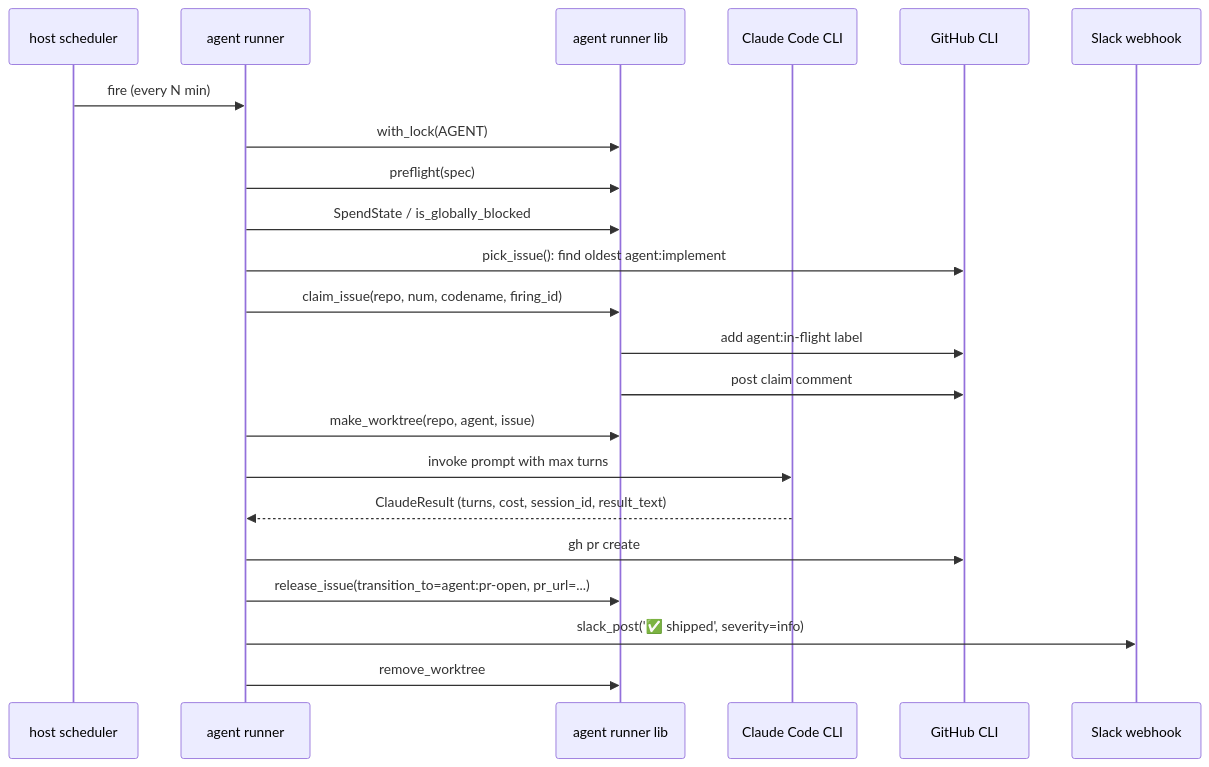
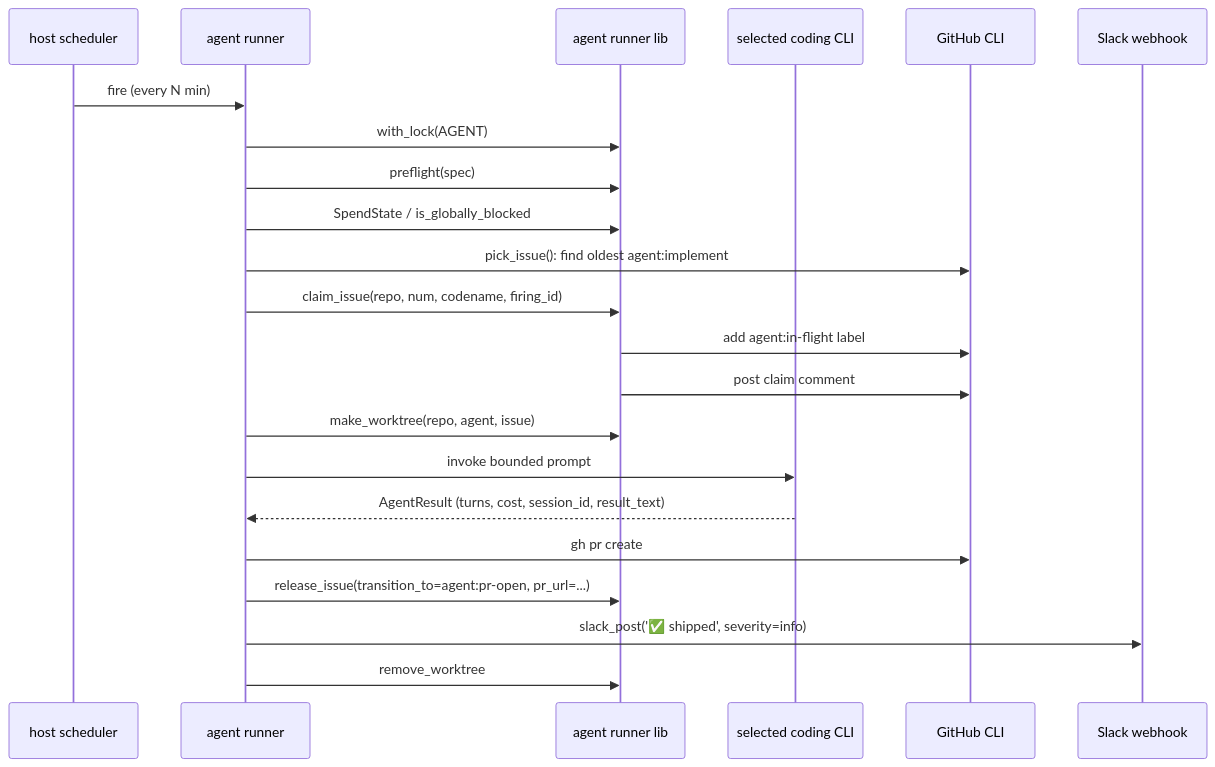
One commit to luminik-io/alfred changed the diagram in ARCHITECTURE.md. Above: the diagram before and after it, drawn with Mermaid. The commit also changed other lines of this file and 97 other files, not shown here.

First line of the commit message:
feat: add OpenCode as an explicit engine (#665)

````diff
--- a/ARCHITECTURE.md
+++ b/ARCHITECTURE.md
@@ -7,25 +7,25 @@
 ```mermaid
 sequenceDiagram
     participant scheduler as host scheduler
     participant runner as agent runner
     participant lib as agent runner lib
-    participant claude as Claude Code CLI
+    participant engine as selected coding CLI
     participant gh as GitHub CLI
     participant slack as Slack webhook
 
     scheduler->>runner: fire (every N min)
     runner->>lib: with_lock(AGENT)
     runner->>lib: preflight(spec)
     runner->>lib: SpendState / is_globally_blocked
     runner->>gh: pick_issue(): find oldest agent:implement
     runner->>lib: claim_issue(repo, num, codename, firing_id)
     lib->>gh: add agent:in-flight label
     lib->>gh: post claim comment
     runner->>lib: make_worktree(repo, agent, issue)
-    runner->>claude: invoke prompt with max turns
-    claude-->>runner: ClaudeResult (turns, cost, session_id, result_text)
+    runner->>engine: invoke bounded prompt
+    engine-->>runner: AgentResult (turns, cost, session_id, result_text)
     runner->>gh: gh pr create
     runner->>lib: release_issue(transition_to=agent:pr-open, pr_url=...)
     runner->>slack: slack_post('✅ shipped', severity=info)
     runner->>lib: remove_worktree
 ```
````
